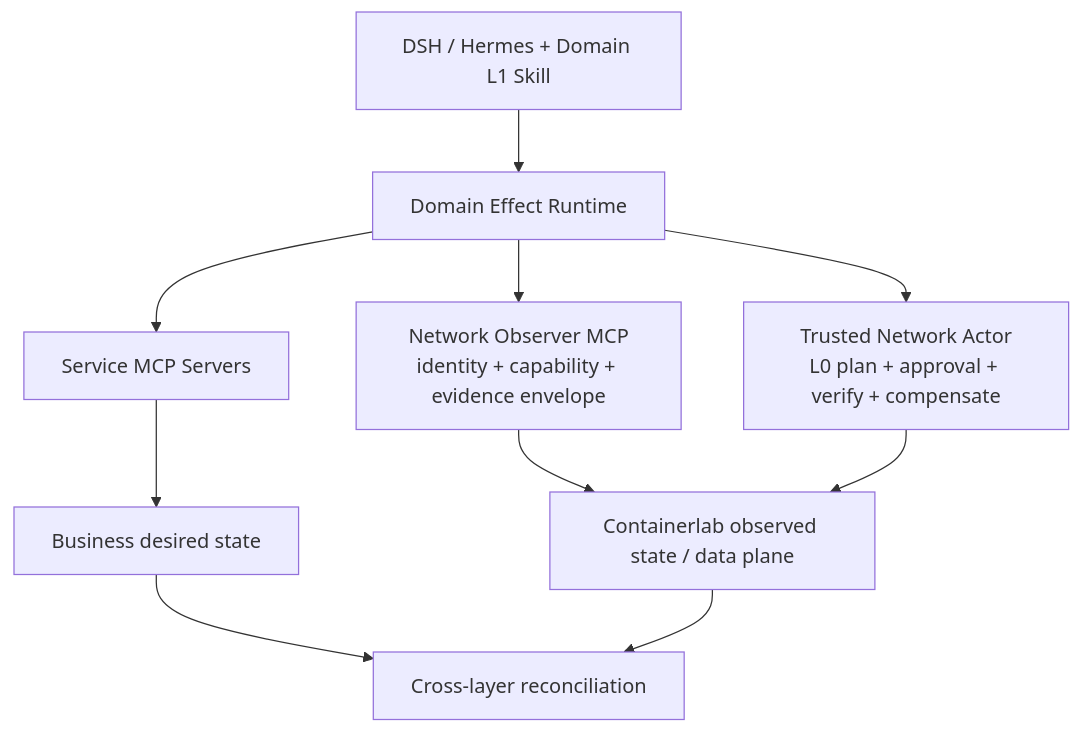
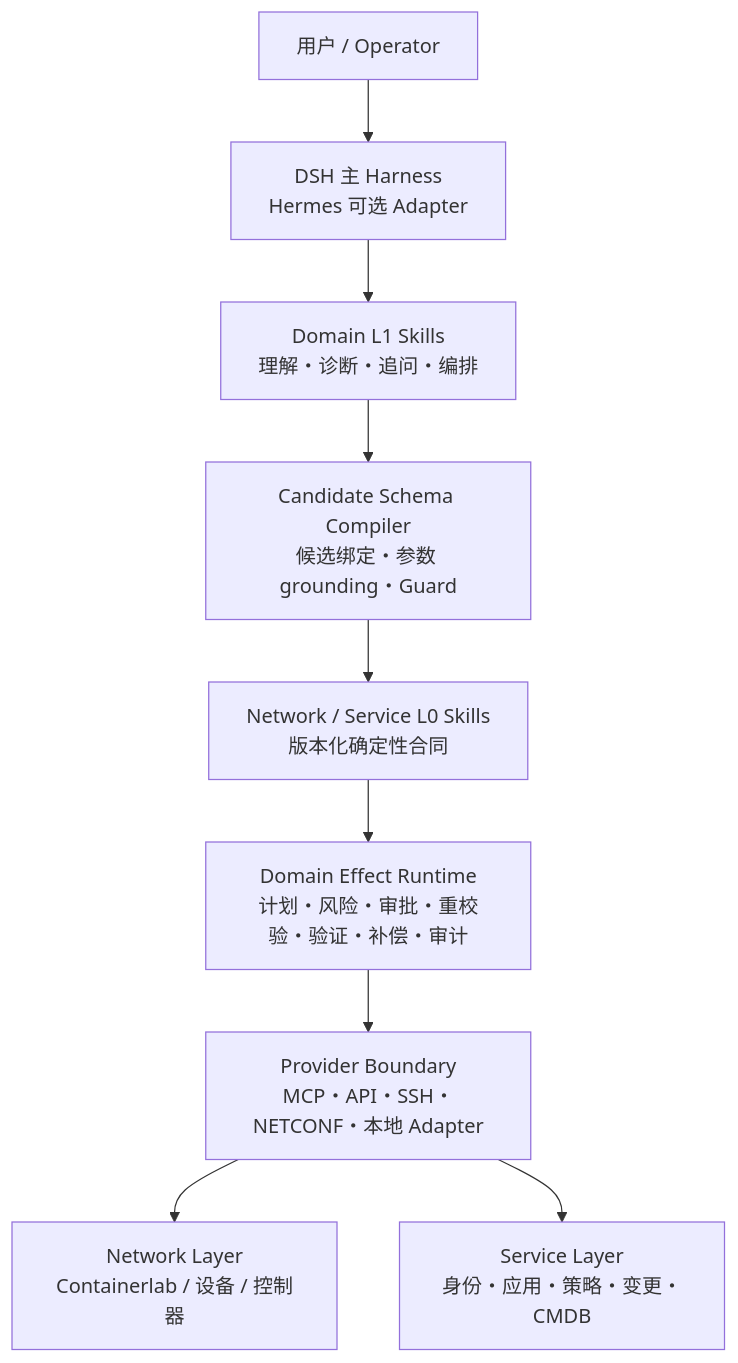
Before and after one commit to kevinyjk25/NetOpYuAgent: the first of 2 diagrams in README.md, drawn with Mermaid. The commit also changed other lines of this file and 17 other files, not shown here.

````diff
--- a/README.md
+++ b/README.md
@@ -607,12 +13,11 @@
 ```mermaid
 flowchart TB
-    H[DSH / Hermes + Domain L1 Skill] --> R[Domain Effect Runtime]
-    R --> S[Service MCP Servers]
-    R --> O[Network Observer MCP<br/>identity + capability + evidence envelope]
-    R --> A[Trusted Network Actor<br/>L0 plan + approval + verify + compensate]
-    O --> C[Containerlab observed state / data plane]
-    A --> C
-    S --> B[Business desired state]
-    B --> X[Cross-layer reconciliation]
-    C --> X
+    U[用户 / Operator] --> H[DSH 主 Harness<br/>Hermes 可选 Adapter]
+    H --> L1[Domain L1 Skills<br/>理解・诊断・追问・编排]
+    L1 --> C[Candidate Schema Compiler<br/>候选绑定・参数 grounding・Guard]
+    C --> L0[Network / Service L0 Skills<br/>版本化确定性合同]
+    L0 --> R[Domain Effect Runtime<br/>计划・风险・审批・重校验・验证・补偿・审计]
+    R --> P[Provider Boundary<br/>MCP・API・SSH・NETCONF・本地 Adapter]
+    P --> N[Network Layer<br/>Containerlab / 设备 / 控制器]
+    P --> S[Service Layer<br/>身份・应用・策略・变更・CMDB]
 ```
````
